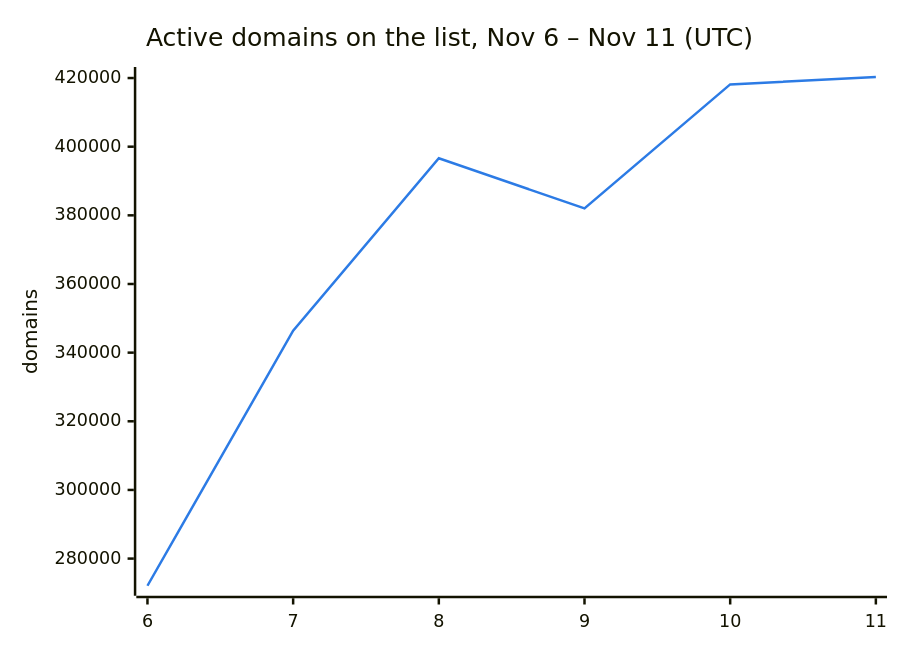
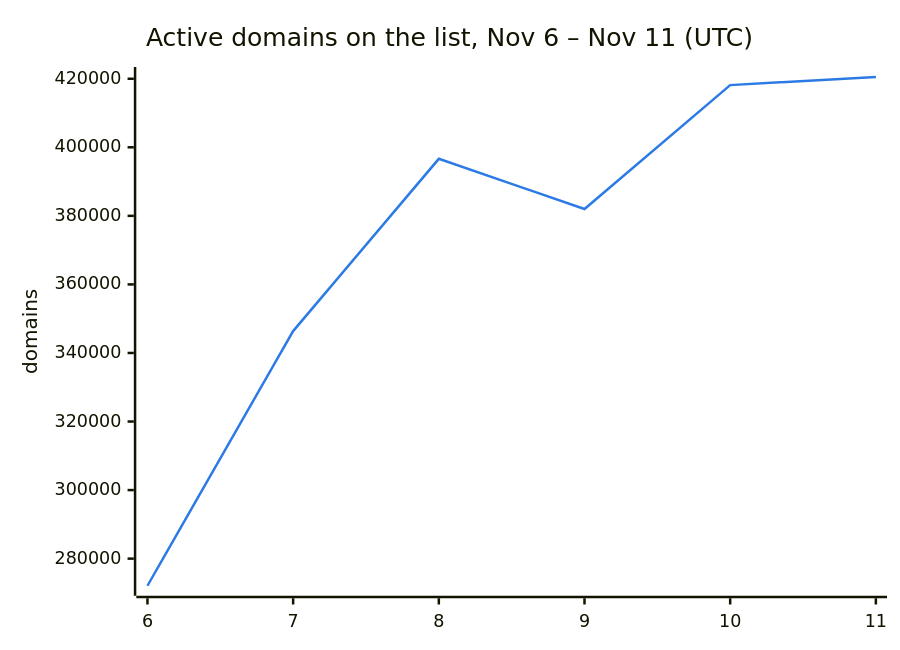
Before and after one commit to DNSBunker/CTI: the second of 3 diagrams in README.md, drawn with Mermaid. The commit also changed other lines of this file and 3 other files, not shown here.

````diff
--- a/README.md
+++ b/README.md
@@ -38,8 +38,8 @@
 ```mermaid
 %%{init: {"themeVariables": {"xyChart": {"plotColorPalette": "#2c7be5"}}}}%%
 xychart-beta
     title "Active domains on the list, Nov 6 – Nov 11 (UTC)"
     x-axis ["6", "7", "8", "9", "10", "11"]
     y-axis "domains"
-    line [272088, 346388, 396638, 382009, 418143, 420301]
+    line [272088, 346388, 396638, 382009, 418143, 420510]
 ```
````
